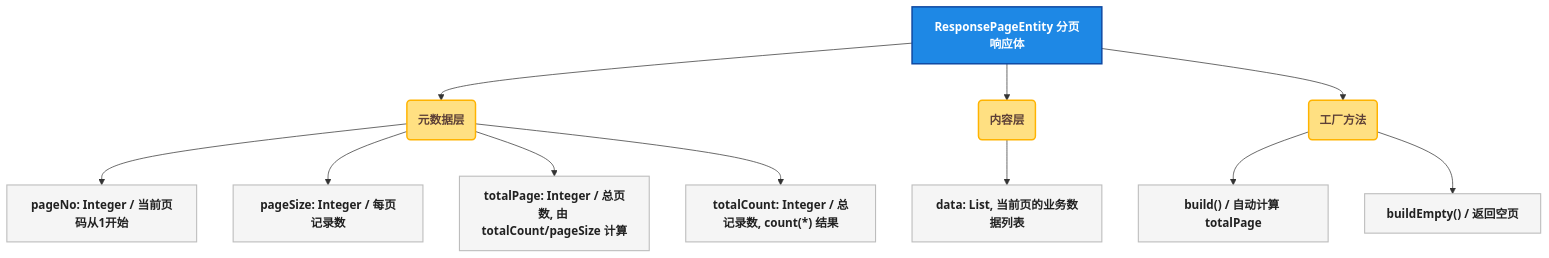
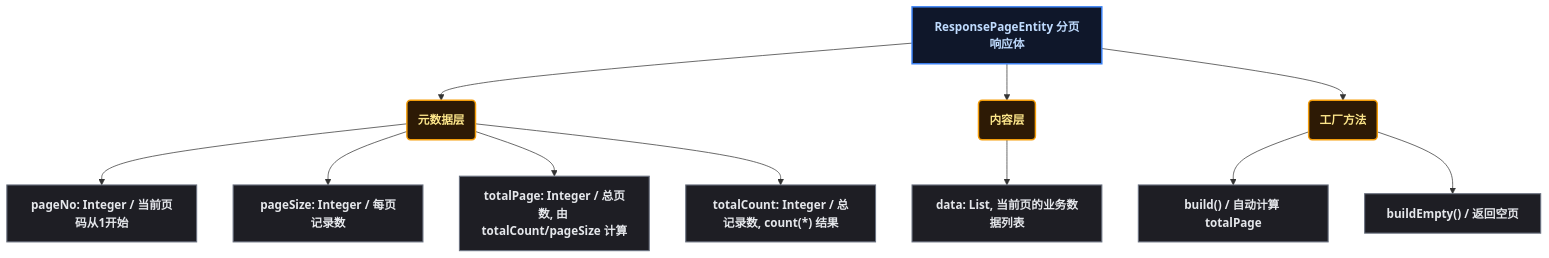
The second of 6 diagrams in content/posts/springmvc/ApiResponseDesignPattern.md (yaocat55/yaocat55.github.io), drawn with Mermaid before and after one commit. The commit also changed other lines of this file and 155 other files, not shown here.

````diff
--- a/content/posts/springmvc/ApiResponseDesignPattern.md
+++ b/content/posts/springmvc/ApiResponseDesignPattern.md
@@ -134,26 +134,26 @@
 ```mermaid
 flowchart TD
-    classDef root fill:#1E88E5,stroke:#0D47A1,stroke-width:2px,color:#FFFFFF,font-weight:bold;
-    classDef branch fill:#FFE082,stroke:#FFB300,stroke-width:2px,color:#5D4037,font-weight:bold;
-    classDef leaf fill:#F5F5F5,stroke:#BDBDBD,stroke-width:1.5px,color:#212121;
-    classDef data fill:#C8E6C9,stroke:#388E3C,stroke-width:1.5px,color:#1B5E20,font-weight:bold;
+classDef root fill:#0f172a,stroke:#3b82f6,stroke-width:2px,color:#bfdbfe,font-weight:bold;
+classDef branch fill:#2d1a05,stroke:#f59e0b,stroke-width:2px,color:#fde68a,font-weight:bold;
+classDef leaf fill:#1e1e24,stroke:#6b7280,stroke-width:1.5px,color:#e5e7eb;
+classDef data fill:#052e16,stroke:#16a34a,stroke-width:1.5px,color:#bbf7d0,font-weight:bold;
 
     ROOT[ResponsePageEntity 分页响应体]
 
     ROOT --> META(元数据层)
     META --> M1["pageNo: Integer / 当前页码从1开始"]
     META --> M2["pageSize: Integer / 每页记录数"]
     META --> M3["totalPage: Integer / 总页数, 由 totalCount/pageSize 计算"]
     META --> M4["totalCount: Integer / 总记录数, count(*) 结果"]
 
     ROOT --> CONTENT(内容层)
     CONTENT --> M5["data: List, 当前页的业务数据列表"]
 
     ROOT --> BUILD(工厂方法)
     BUILD --> B1["build() / 自动计算 totalPage"]
     BUILD --> B2["buildEmpty() / 返回空页"]
 
     class ROOT root;
     class META,CONTENT,BUILD branch;
     class M1,M2,M3,M4,M5,B1,B2 leaf;
 ```
````
